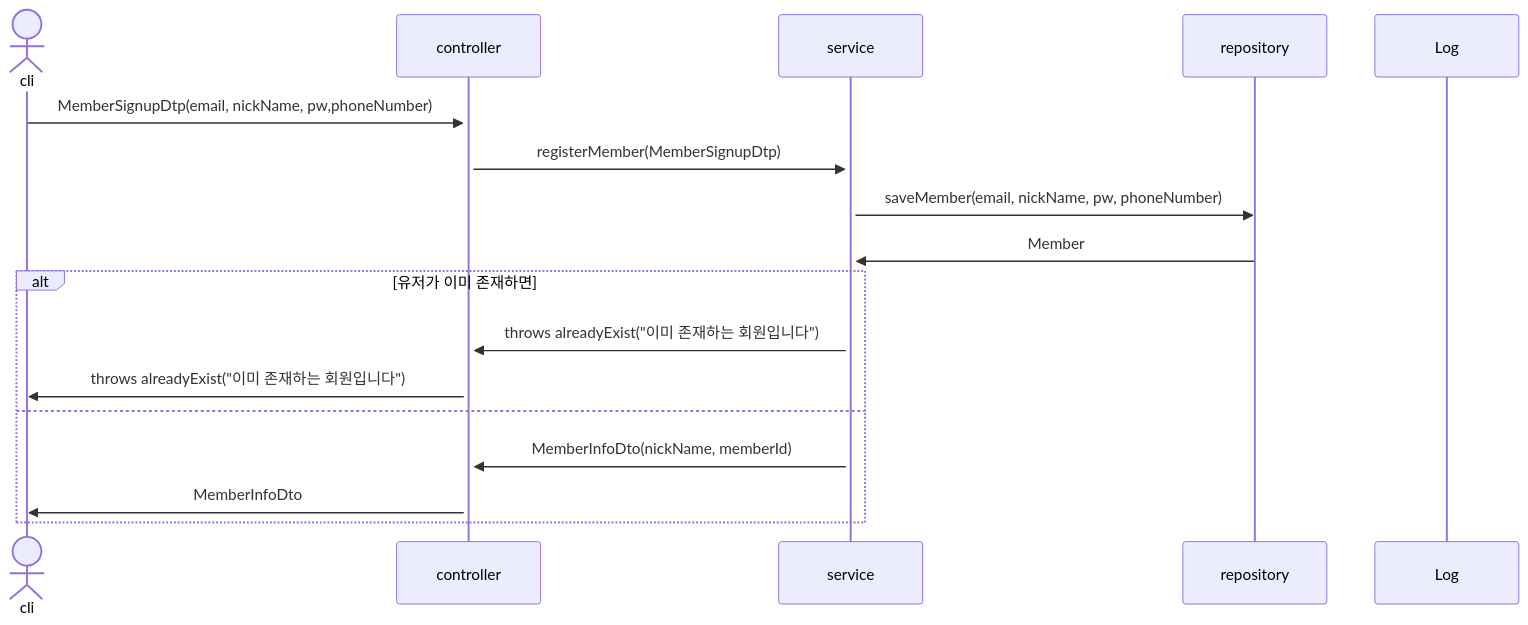
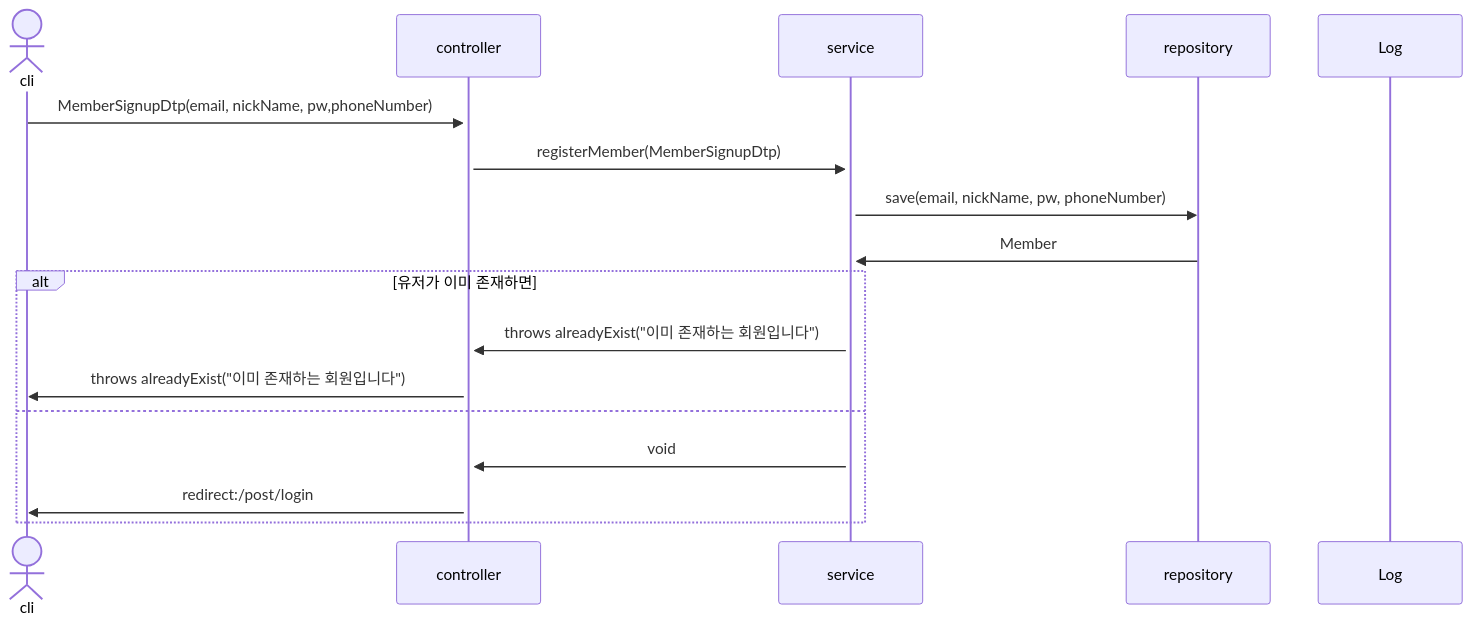
The third of 28 diagrams in sequence.md (mtak0235/snsX), drawn with Mermaid before and after one commit.

Commit message:
update Member Upload

````diff
--- a/sequence.md
+++ b/sequence.md
@@ -43,21 +43,21 @@
 ```mermaid
 sequenceDiagram
 actor cli
 participant c as controller
 participant s as service
 participant r as repository
 participant l as Log
 
 cli->>+c: MemberSignupDtp(email, nickName, pw,phoneNumber)
 c->>+s: registerMember(MemberSignupDtp)
-s->>r: saveMember(email, nickName, pw, phoneNumber)
+s->>r: save(email, nickName, pw, phoneNumber)
 r->>s: Member
 alt 유저가 이미 존재하면
 s->>c: throws alreadyExist("이미 존재하는 회원입니다")
 c->>cli: throws alreadyExist("이미 존재하는 회원입니다")
 else
-s->>c: MemberInfoDto(nickName, memberId)
-c->>cli: MemberInfoDto
+s->>c: void
+c->>cli: redirect:/post/login
 end
 
 ```
````
